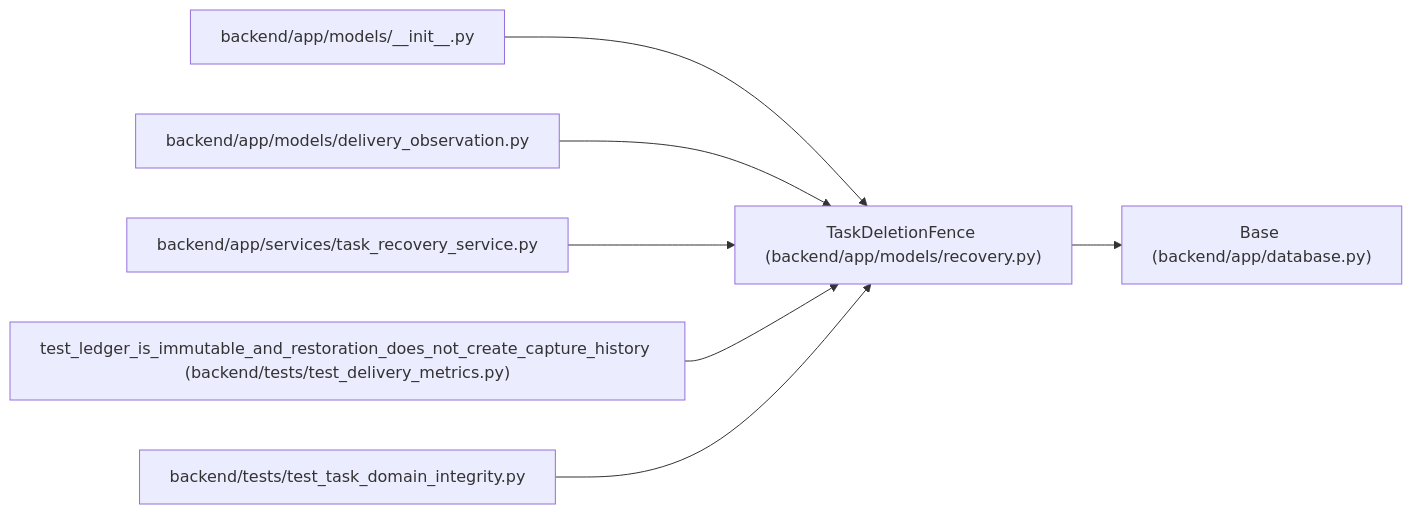
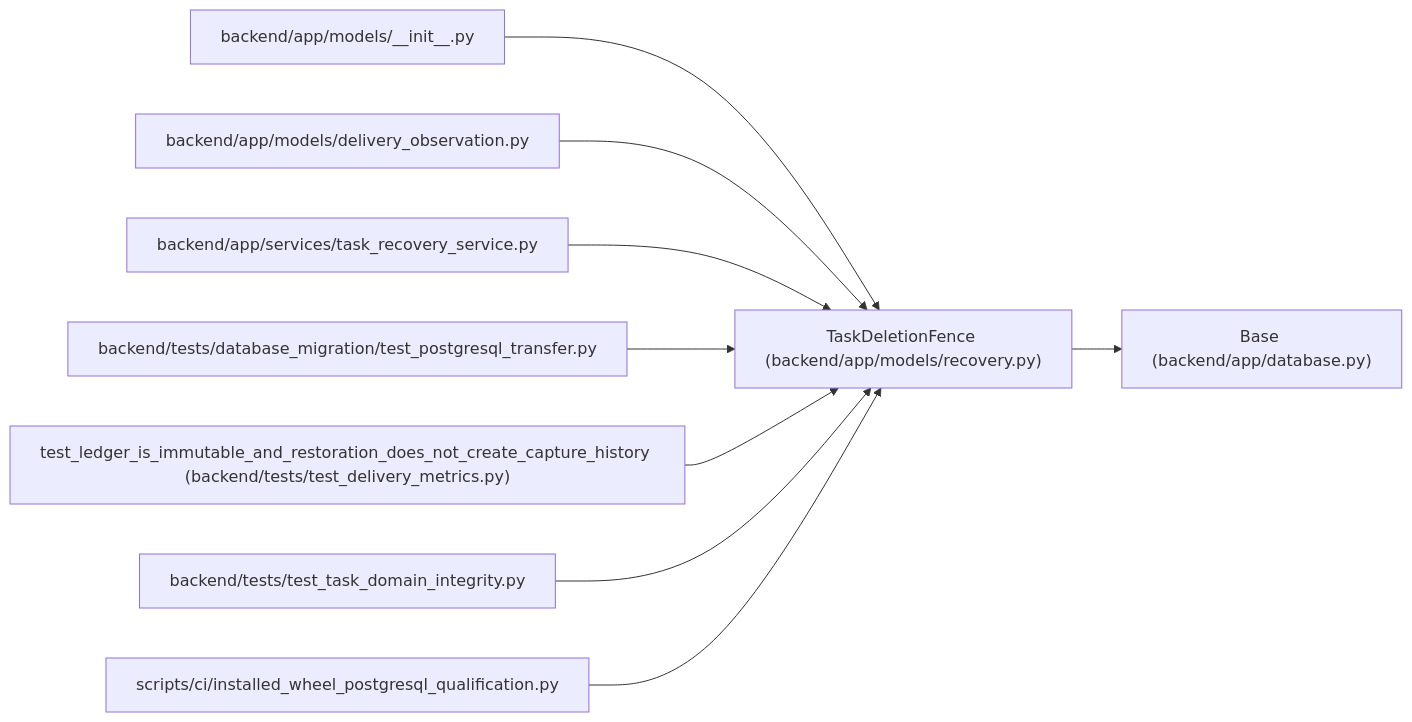
One commit to Denissvgn/WorkChord changed the diagram in docs/llm_wiki/entities/TaskDeletionFence.md. Above: the diagram before and after it, drawn with Mermaid. The commit also changed other lines of this file and 10148 other files, not shown here.

````diff
--- a/docs/llm_wiki/entities/TaskDeletionFence.md
+++ b/docs/llm_wiki/entities/TaskDeletionFence.md
@@ -28,23 +28,29 @@
 ```mermaid
 flowchart LR
     n0["TaskDeletionFence (backend/app/models/recovery.py)"]
     n1["Base (backend/app/database.py)"]
     n2["backend/app/models/__init__.py"]
     n3["backend/app/models/delivery_observation.py"]
     n4["backend/app/services/task_recovery_service.py"]
-    n5["test_ledger_is_immutable_and_restoration_does_not_create_capture_history (backend/tests/test_delivery_metrics.py)"]
-    n6["backend/tests/test_task_domain_integrity.py"]
+    n5["backend/tests/database_migration/test_postgresql_transfer.py"]
+    n6["test_ledger_is_immutable_and_restoration_does_not_create_capture_history (backend/tests/test_delivery_metrics.py)"]
+    n7["backend/tests/test_task_domain_integrity.py"]
+    n8["scripts/ci/installed_wheel_postgresql_qualification.py"]
     n0 --> n1
     n2 --> n0
     n3 --> n0
     n4 --> n0
     n5 --> n0
     n6 --> n0
+    n7 --> n0
+    n8 --> n0
     click n0 "../modules/recovery.md"
     click n1 "../modules/app_database.md"
     click n2 "../modules/models___init__.md"
     click n3 "../modules/delivery_observation.md"
     click n4 "../modules/task_recovery_service.md"
-    click n5 "../modules/test_delivery_metrics.md"
-    click n6 "../modules/test_task_domain_integrity.md"
+    click n5 "../modules/test_postgresql_transfer.md"
+    click n6 "../modules/test_delivery_metrics.md"
+    click n7 "../modules/test_task_domain_integrity.md"
+    click n8 "../modules/installed_wheel_postgresql_qualification.md"
 ```
````
